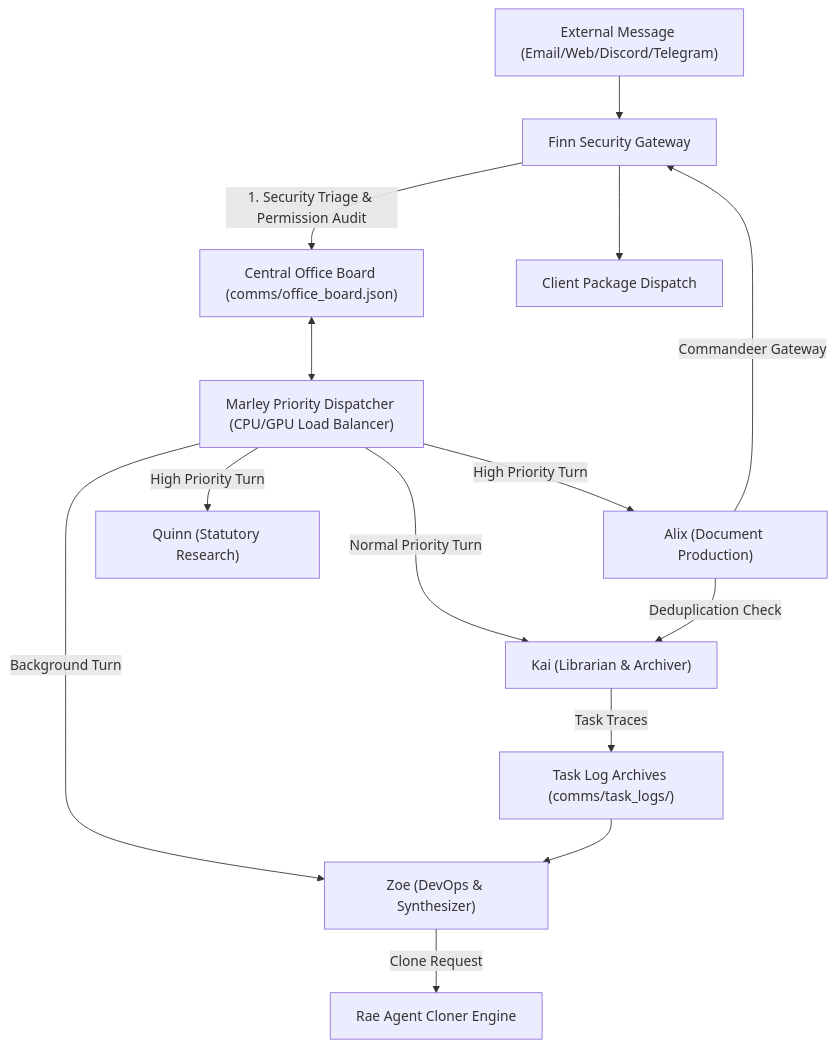
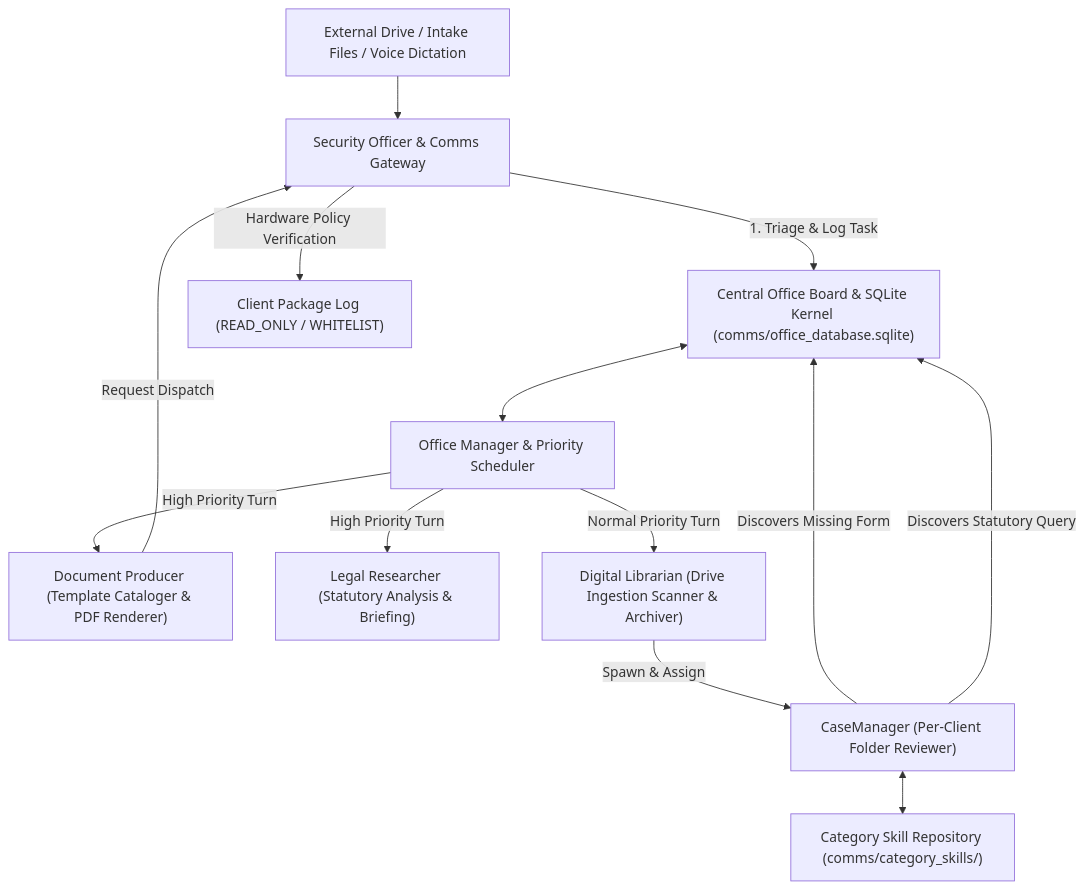
One commit to munch2u-a11y/AIMAOS changed the diagram in README.md. Above: the diagram before and after it, drawn with Mermaid. The commit also changed other lines of this file and 221 other files, not shown here.

Commit message:
Enhance AIMAOS Web Dashboard with seamless non-technical UI, drag-and-drop intake, visual case explorer, and interactive viewer

````diff
--- a/README.md
+++ b/README.md
@@ -42,20 +106,20 @@
 ```mermaid
 graph TD
-    Incoming["External Message (Email/Web/Discord/Telegram)"] --> Finn["Finn Security Gateway"]
-    Finn -->|1. Security Triage & Permission Audit| Board["Central Office Board (comms/office_board.json)"]
+    UserDrive["External Drive / Intake Files / Voice Dictation"] --> SecGateway["Security Officer & Comms Gateway"]
+    SecGateway -->|1. Triage & Log Task| Board["Central Office Board & SQLite Kernel (comms/office_database.sqlite)"]
     
-    Board <--> Marley["Marley Priority Dispatcher (CPU/GPU Load Balancer)"]
+    Board <--> Manager["Office Manager & Priority Scheduler"]
     
-    Marley -->|High Priority Turn| Alix["Alix (Document Production)"]
-    Marley -->|High Priority Turn| Quinn["Quinn (Statutory Research)"]
-    Marley -->|Normal Priority Turn| Kai["Kai (Librarian & Archiver)"]
-    Marley -->|Background Turn| Zoe["Zoe (DevOps & Synthesizer)"]
-
-    Alix -->|Deduplication Check| Kai
-    Alix -->|Commandeer Gateway| Finn
-    Finn --> Outbound["Client Package Dispatch"]
+    Manager -->|High Priority Turn| DocProducer["Document Producer (Template Cataloger & PDF Renderer)"]
+    Manager -->|High Priority Turn| Researcher["Legal Researcher (Statutory Analysis & Briefing)"]
+    Manager -->|Normal Priority Turn| Librarian["Digital Librarian (Drive Ingestion Scanner & Archiver)"]
     
-    Kai -->|Task Traces| TaskLogs["Task Log Archives (comms/task_logs/)"]
-    TaskLogs --> Zoe
-    Zoe -->|Clone Request| Rae["Rae Agent Cloner Engine"]
+    Librarian -->|Spawn & Assign| CaseManager["CaseManager (Per-Client Folder Reviewer)"]
+    
+    CaseManager -->|Discovers Missing Form| Board
+    CaseManager -->|Discovers Statutory Query| Board
+    CaseManager <--> CatSkills["Category Skill Repository (comms/category_skills/)"]
+    
+    DocProducer -->|Request Dispatch| SecGateway
+    SecGateway -->|Hardware Policy Verification| Outbound["Client Package Log (READ_ONLY / WHITELIST)"]
 ```
````
